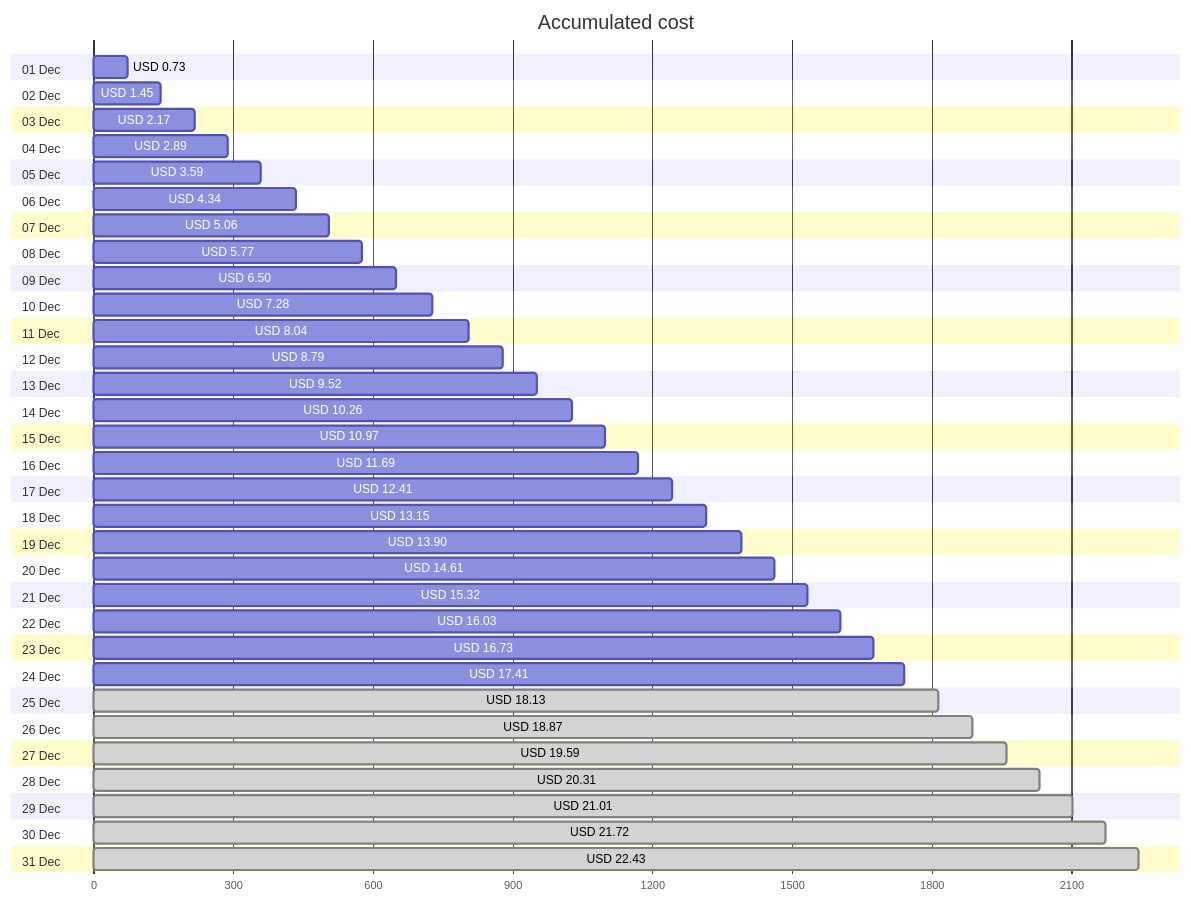
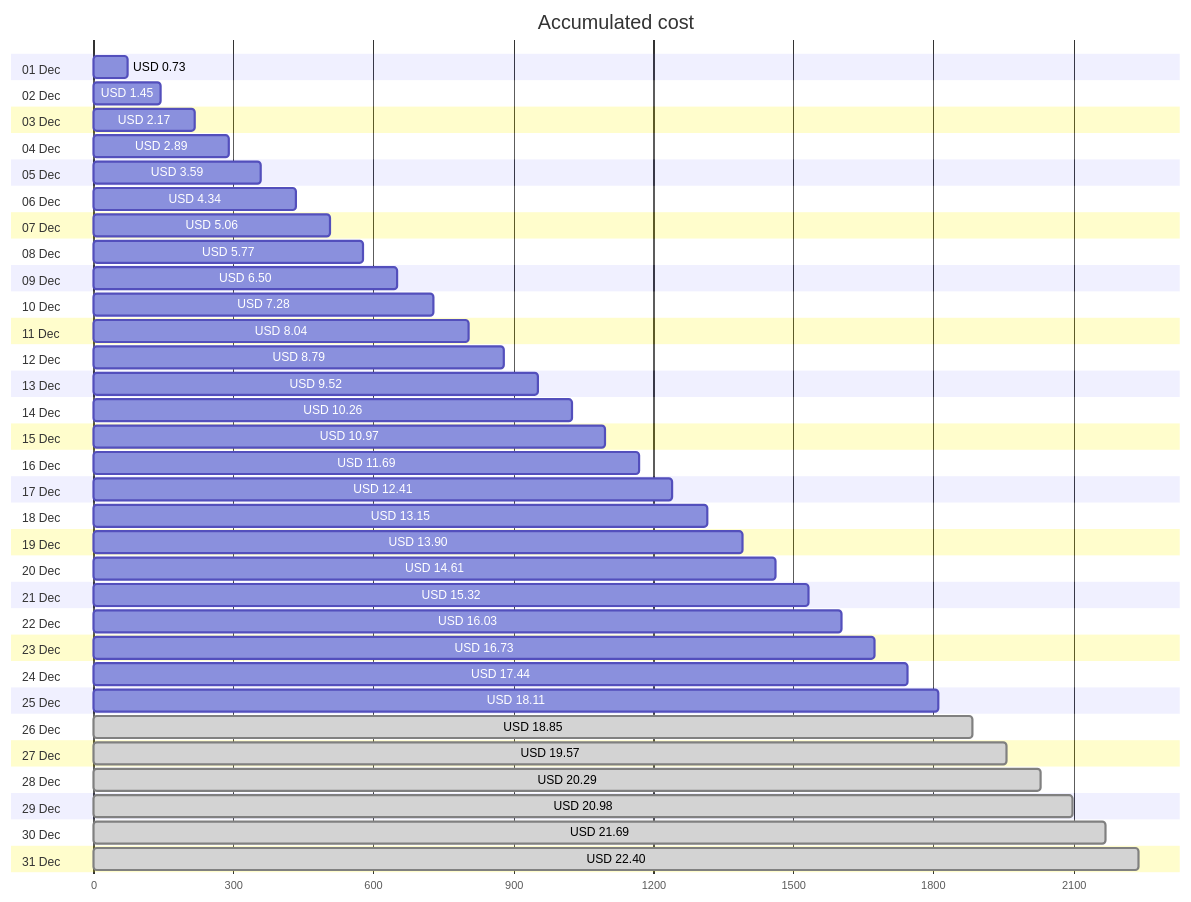
Before and after one commit to jpfulton/azure-personal-reports: the first of 4 diagrams in cost-reports/personal-network/backup-server-data-disk.md, drawn with Mermaid. The commit also changed other lines of this file and 8 other files, not shown here.

````diff
--- a/cost-reports/personal-network/backup-server-data-disk.md
+++ b/cost-reports/personal-network/backup-server-data-disk.md
@@ -20,68 +20,68 @@
 ```mermaid
 gantt
    title Accumulated cost
    dateFormat  X
    axisFormat %s
    section 01 Dec
    USD 0.73 :0, 73
    section 02 Dec
    USD 1.45 :0, 145
    section 03 Dec
    USD 2.17 :0, 217
    section 04 Dec
    USD 2.89 :0, 289
    section 05 Dec
    USD 3.59 :0, 359
    section 06 Dec
    USD 4.34 :0, 434
    section 07 Dec
    USD 5.06 :0, 506
    section 08 Dec
    USD 5.77 :0, 577
    section 09 Dec
    USD 6.50 :0, 650
    section 10 Dec
    USD 7.28 :0, 728
    section 11 Dec
    USD 8.04 :0, 804
    section 12 Dec
    USD 8.79 :0, 879
    section 13 Dec
    USD 9.52 :0, 952
    section 14 Dec
    USD 10.26 :0, 1026
    section 15 Dec
    USD 10.97 :0, 1097
    section 16 Dec
    USD 11.69 :0, 1169
    section 17 Dec
    USD 12.41 :0, 1241
    section 18 Dec
    USD 13.15 :0, 1315
    section 19 Dec
    USD 13.90 :0, 1390
    section 20 Dec
    USD 14.61 :0, 1461
    section 21 Dec
    USD 15.32 :0, 1532
    section 22 Dec
    USD 16.03 :0, 1603
    section 23 Dec
    USD 16.73 :0, 1673
    section 24 Dec
-   USD 17.41 :0, 1741
+   USD 17.44 :0, 1744
    section 25 Dec
-   USD 18.13 : done, 0, 1813
+   USD 18.11 :0, 1811
    section 26 Dec
-   USD 18.87 : done, 0, 1887
+   USD 18.85 : done, 0, 1885
    section 27 Dec
-   USD 19.59 : done, 0, 1959
+   USD 19.57 : done, 0, 1957
    section 28 Dec
-   USD 20.31 : done, 0, 2031
+   USD 20.29 : done, 0, 2029
    section 29 Dec
-   USD 21.01 : done, 0, 2101
+   USD 20.98 : done, 0, 2098
    section 30 Dec
-   USD 21.72 : done, 0, 2172
+   USD 21.69 : done, 0, 2169
    section 31 Dec
-   USD 22.43 : done, 0, 2243
+   USD 22.40 : done, 0, 2240
 ```
````
